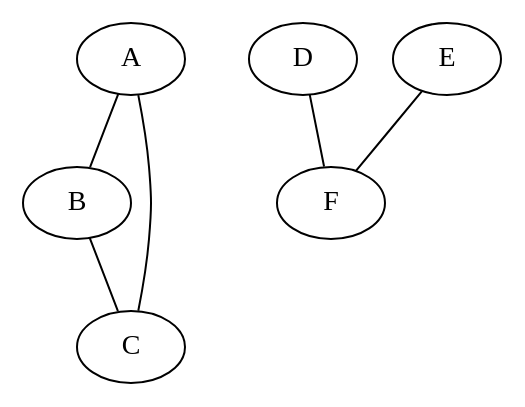
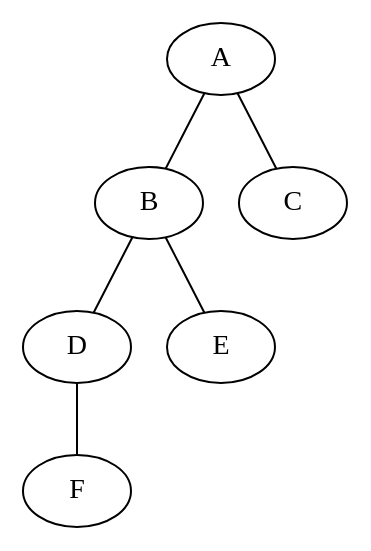
The diagram in practice/graph_blueprint.gv (houcy/AAnim), drawn with Graphviz before and after one commit. The commit also changed 2 other files, not shown here.

```diff
--- a/practice/graph_blueprint.gv
+++ b/practice/graph_blueprint.gv
@@ -1,7 +1,7 @@
 graph G {
 	A -- B
-	B -- C
-	C -- A
-    D -- F
-    E -- F
+	A -- C
+	B -- D
+	B -- E
+	D -- F
 }
```
